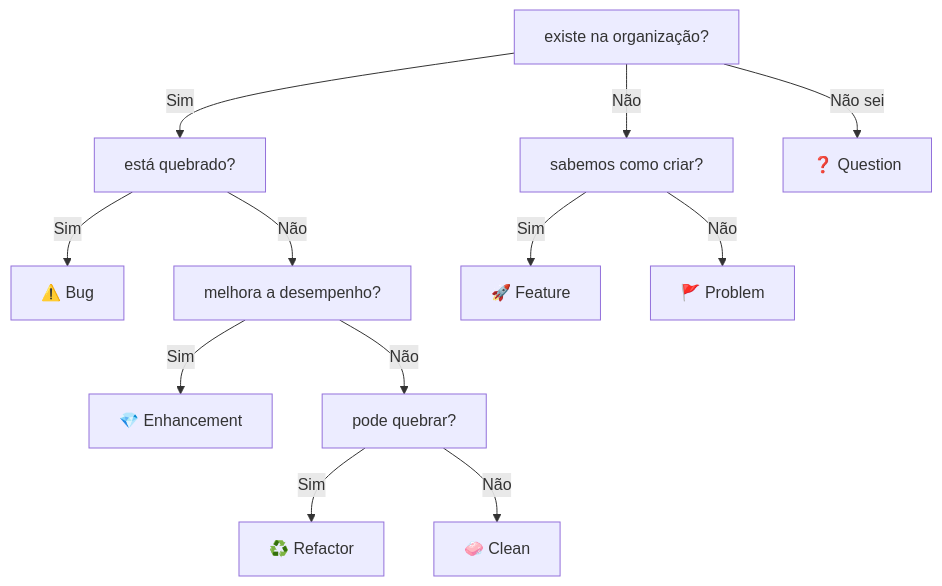
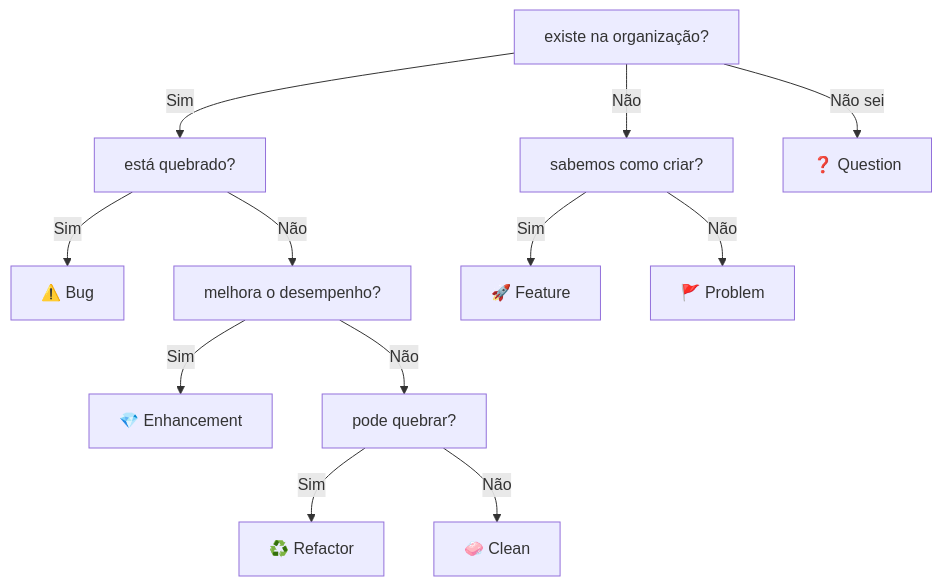
One commit to la-catalog/README changed the diagram in STYLE_GUIDE.md. Above: the diagram before and after it, drawn with Mermaid.

````diff
--- a/STYLE_GUIDE.md
+++ b/STYLE_GUIDE.md
@@ -44,32 +44,32 @@
 ```mermaid
 graph TD
     Bug["⚠️ Bug"]
     Enhancement["💎 Enhancement"]
     Feature["🚀 Feature"]
     Problem["🚩 Problem"]
     Refactor["♻️ Refactor"]
     Clean["🧼 Clean"]
     Question["❓ Question"]
 
     exist[existe na organização?]
     broken[está quebrado?]
     solvable[sabemos como criar?]
-    improvment[melhora a desempenho?]
+    improvment[melhora o desempenho?]
     breakable[pode quebrar?]
 
     exist --> |Sim| broken
     exist --> |Não| solvable
     exist --> |Não sei| Question
 
     broken --> |Sim| Bug
     broken --> |Não| improvment
 
     improvment --> |Sim| Enhancement
     improvment --> |Não| breakable
 
     breakable --> |Sim| Refactor
     breakable --> |Não| Clean
 
     solvable --> |Sim| Feature
     solvable --> |Não| Problem
 ```
````
